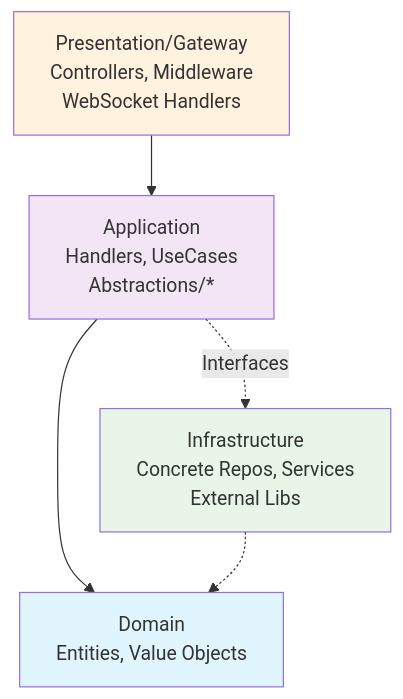
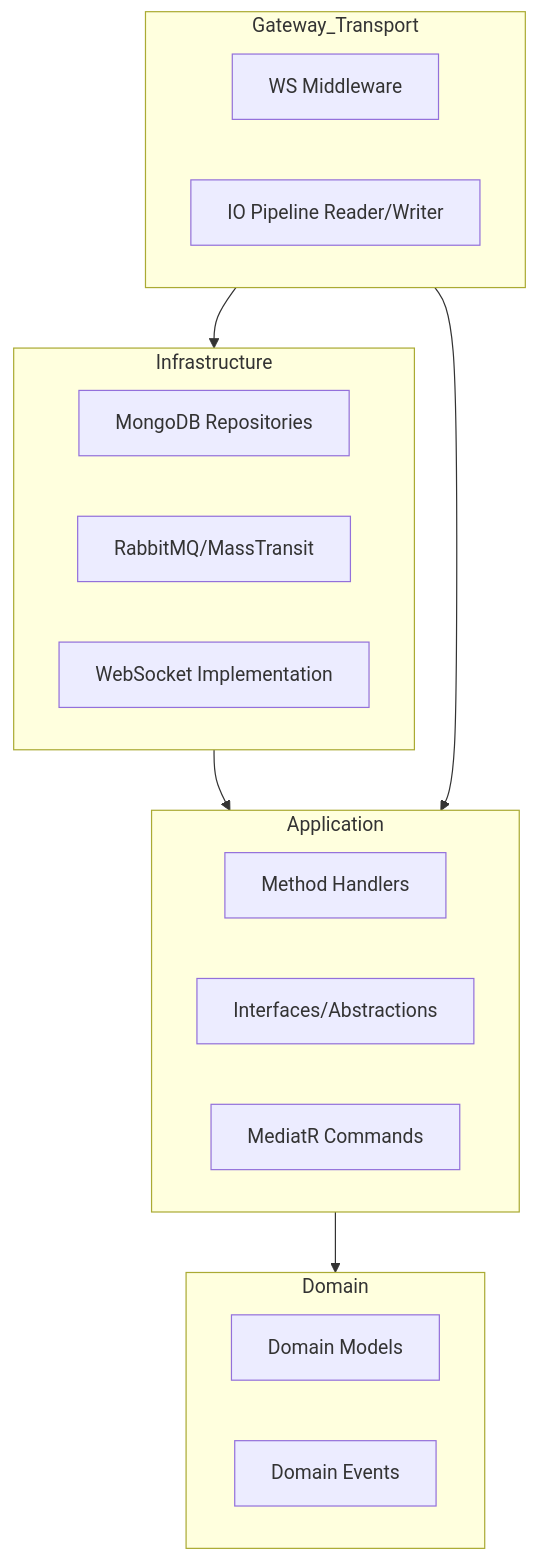
Before and after one commit to abanoubsamer/ChatSystem: the second of 7 diagrams in docs/architecture-improvements.md, drawn with Mermaid. The commit also changed other lines of this file, not shown here.

````diff
--- a/docs/architecture-improvements.md
+++ b/docs/architecture-improvements.md
@@ -22,17 +65,29 @@
 ```mermaid
-graph TB
-    Domain[Domain<br/>Entities, Value Objects]
-    Application[Application<br/>Handlers, UseCases<br/>Abstractions/*]
-    Infrastructure[Infrastructure<br/>Concrete Repos, Services<br/>External Libs]
-    Presentation[Presentation/Gateway<br/>Controllers, Middleware<br/>WebSocket Handlers]
-    
-    Presentation --> Application
+graph TD
+    subgraph Domain
+        Entities[Domain Models]
+        Events[Domain Events]
+    end
+
+    subgraph Application
+        Handlers[Method Handlers]
+        Abstractions[Interfaces/Abstractions]
+        Commands[MediatR Commands]
+    end
+
+    subgraph Infrastructure
+        Persistence[MongoDB Repositories]
+        Messaging[RabbitMQ/MassTransit]
+        WS[WebSocket Implementation]
+    end
+
+    subgraph Gateway_Transport
+        Middleware[WS Middleware]
+        Pipeline[IO Pipeline Reader/Writer]
+    end
+
     Application --> Domain
-    Application -.->|Interfaces| Infrastructure
-    Infrastructure -.-> Domain
-    
-    style Domain fill:#e1f5fe
-    style Application fill:#f3e5f5
-    style Infrastructure fill:#e8f5e8
-    style Presentation fill:#fff3e0
+    Infrastructure --> Application
+    Gateway_Transport --> Infrastructure
+    Gateway_Transport --> Application
 ```
````
